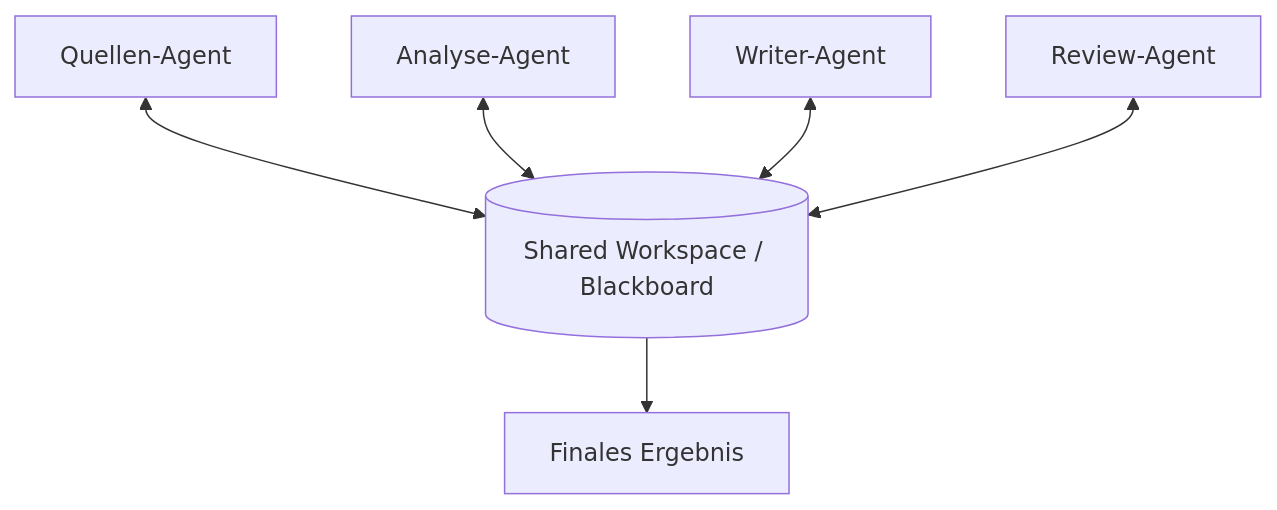
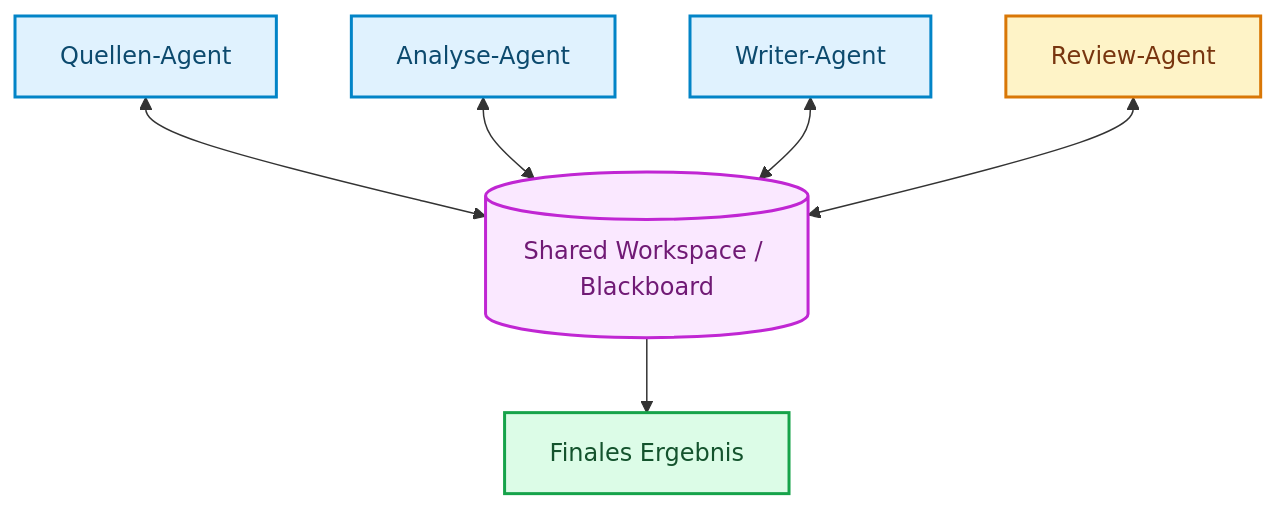
Before and after one commit to ralf-42/Agenten: the sixth of 10 diagrams in docs/06-multi-agent-erweiterungen/multi-agent-systeme.md, drawn with Mermaid. The commit also changed other lines of this file and 18 other files, not shown here.

````diff
--- a/docs/06-multi-agent-erweiterungen/multi-agent-systeme.md
+++ b/docs/06-multi-agent-erweiterungen/multi-agent-systeme.md
@@ -208,9 +253,18 @@
 ```mermaid
 flowchart TB
     B[(Shared Workspace / Blackboard)]
     R[Quellen-Agent] <--> B
     A[Analyse-Agent] <--> B
     W[Writer-Agent] <--> B
     Q[Review-Agent] <--> B
     B --> E[Finales Ergebnis]
+
+    classDef default fill:#e0f2fe,stroke:#0284c7,stroke-width:2px,color:#0c4a6e;
+    classDef metric fill:#fef3c7,stroke:#d97706,stroke-width:2px,color:#78350f;
+    classDef output fill:#dcfce7,stroke:#16a34a,stroke-width:2px,color:#14532d;
+    classDef target fill:#fae8ff,stroke:#c026d3,stroke-width:2px,color:#701a75;
+
+    class Q metric;
+    class E output;
+    class B target;
 ```
````
